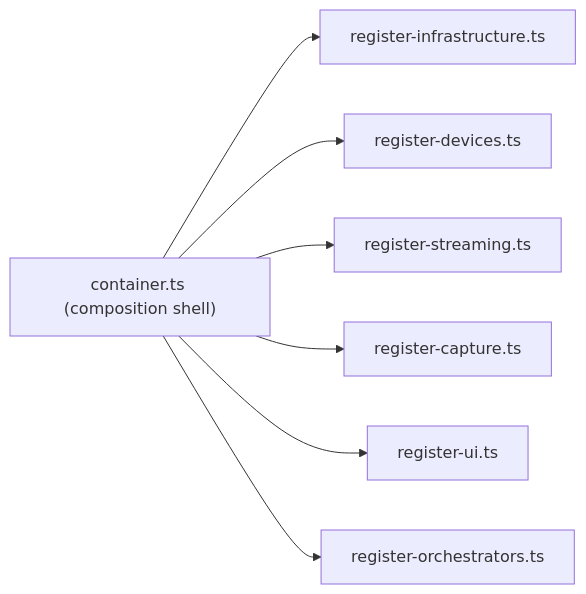
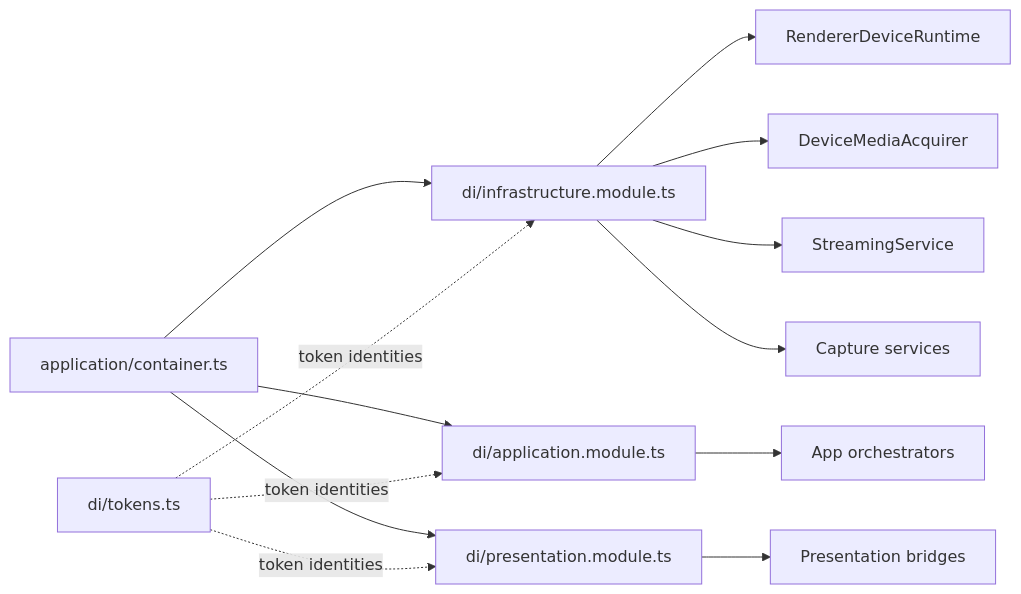
The first of 8 diagrams in docs/architecture-diagrams.md (josstei/prismgb-app), drawn with Mermaid before and after one commit. The commit also changed other lines of this file and 995 other files, not shown here.

````diff
--- a/docs/architecture-diagrams.md
+++ b/docs/architecture-diagrams.md
@@ -17,17 +20,27 @@
 ```mermaid
 flowchart LR
-  Container["container.ts (composition shell)"]
-  Infra["register-infrastructure.ts"]
-  Devices["register-devices.ts"]
-  Streaming["register-streaming.ts"]
-  Capture["register-capture.ts"]
-  UI["register-ui.ts"]
-  Orchestrators["register-orchestrators.ts"]
+  Container["application/container.ts"]
+  Tokens["di/tokens.ts"]
+  InfraMod["di/infrastructure.module.ts"]
+  AppMod["di/application.module.ts"]
+  PresMod["di/presentation.module.ts"]
+  DeviceRuntime[RendererDeviceRuntime]
+  MediaAcquirer[DeviceMediaAcquirer]
+  StreamingService[StreamingService]
+  CaptureServices[Capture services]
+  PresentationBridges[Presentation bridges]
+  Orchestrators[App orchestrators]
 
-  Container --> Infra
-  Container --> Devices
-  Container --> Streaming
-  Container --> Capture
-  Container --> UI
-  Container --> Orchestrators
+  Container --> InfraMod
+  Container --> AppMod
+  Container --> PresMod
+  Tokens -. token identities .-> InfraMod
+  Tokens -. token identities .-> AppMod
+  Tokens -. token identities .-> PresMod
+  InfraMod --> DeviceRuntime
+  InfraMod --> MediaAcquirer
+  InfraMod --> StreamingService
+  InfraMod --> CaptureServices
+  PresMod --> PresentationBridges
+  AppMod --> Orchestrators
 ```
````
